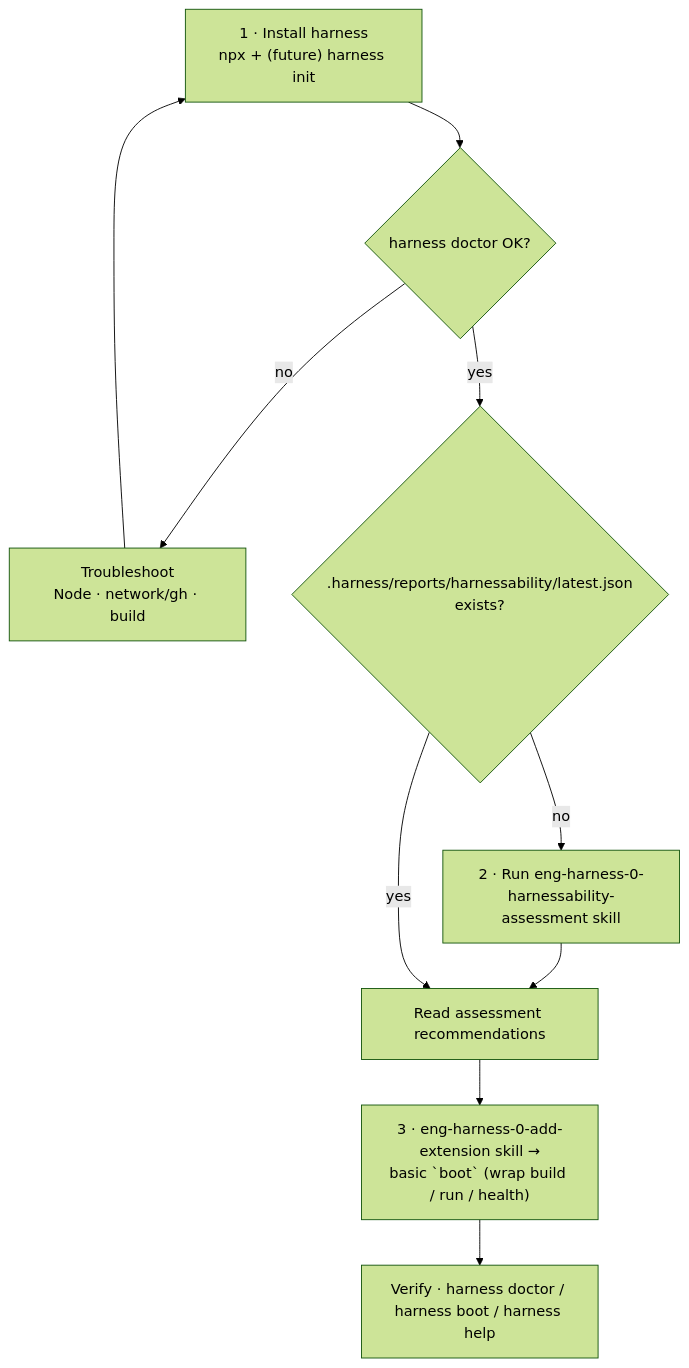
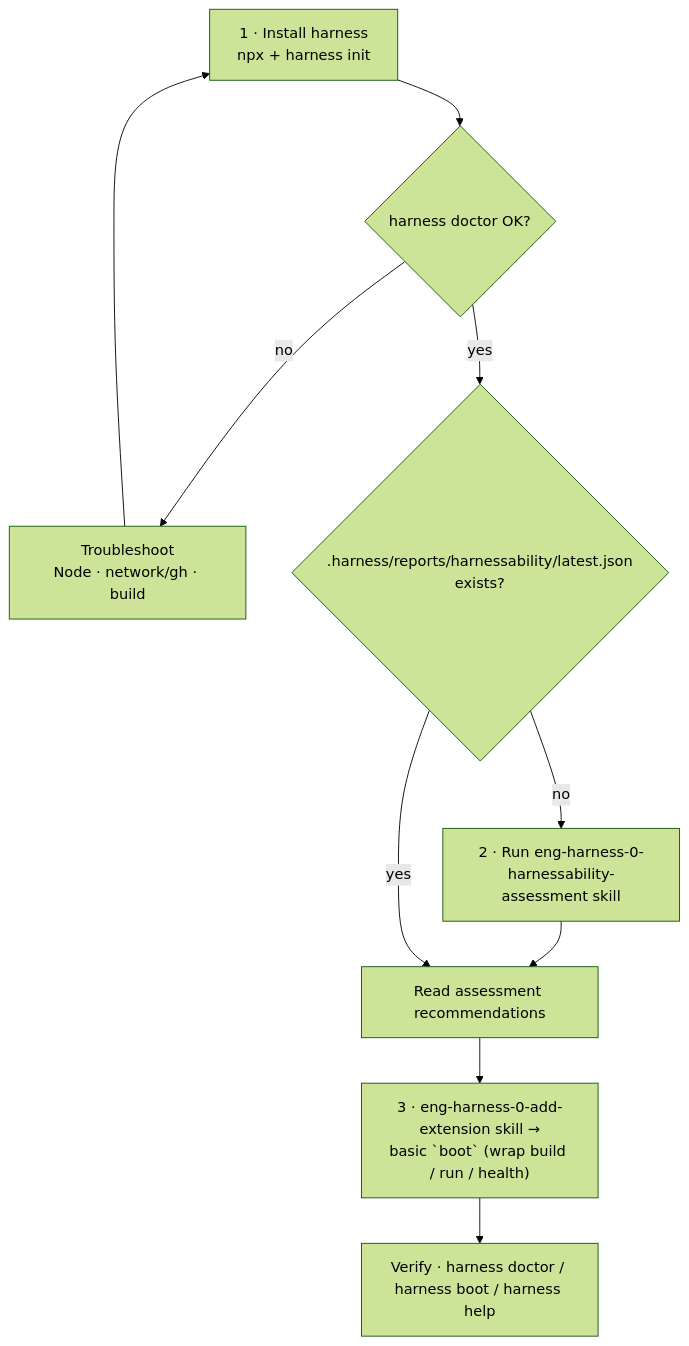
Before and after one commit to AI-Substrate/harness-engineering: the first of 2 diagrams in skills/eng-harness-setup/eng-harness-0-adopt/README.md, drawn with Mermaid (forest theme). The commit also changed other lines of this file and 108 other files, not shown here.

````diff
--- a/skills/eng-harness-setup/eng-harness-0-adopt/README.md
+++ b/skills/eng-harness-setup/eng-harness-0-adopt/README.md
@@ -11,10 +11,10 @@
 ```mermaid
 flowchart TD
-    A["1 · Install harness<br/>npx + (future) harness init"] --> Ad{harness doctor OK?}
+    A["1 · Install harness<br/>npx + harness init"] --> Ad{harness doctor OK?}
     Ad -- no --> At["Troubleshoot<br/>Node · network/gh · build"] --> A
     Ad -- yes --> C{".harness/reports/harnessability/latest.json<br/>exists?"}
     C -- no --> D["2 · Run eng-harness-0-harnessability-assessment skill"] --> E
     C -- yes --> E["Read assessment recommendations"]
     E --> F["3 · eng-harness-0-add-extension skill →<br/>basic `boot` (wrap build / run / health)"]
     F --> V["Verify · harness doctor / harness boot / harness help"]
 ```
````
